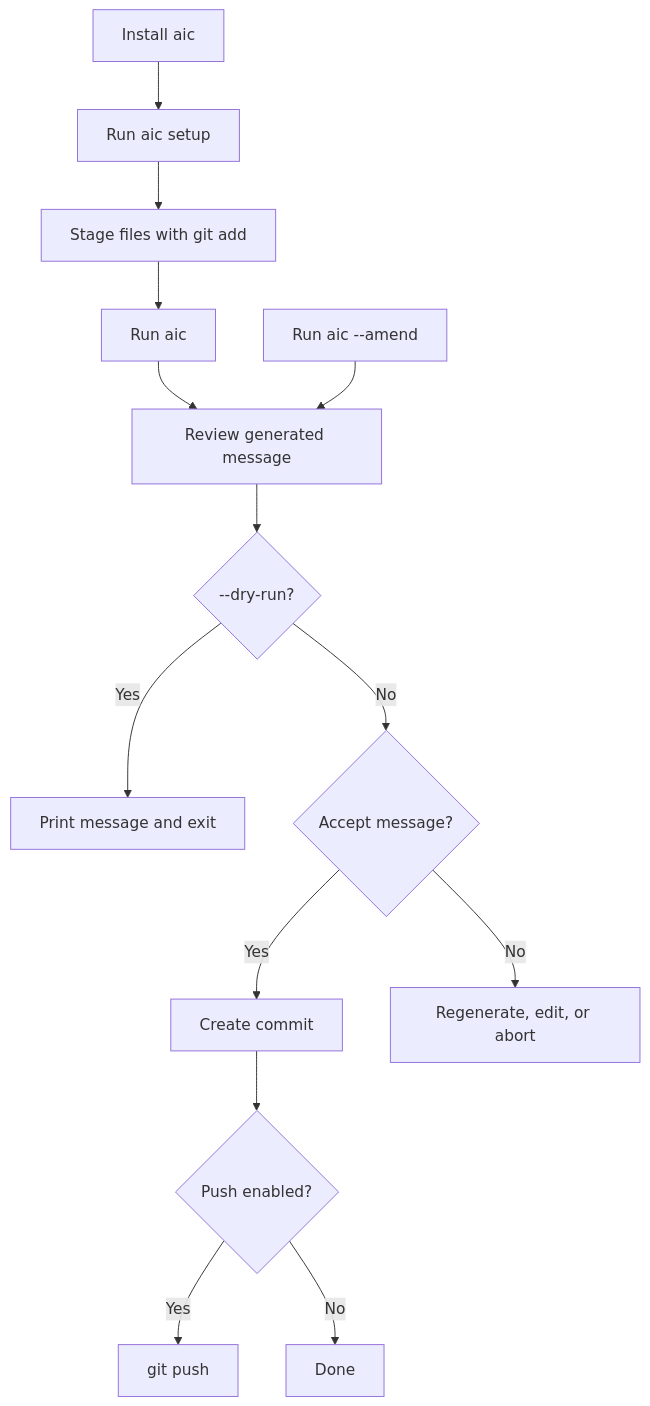
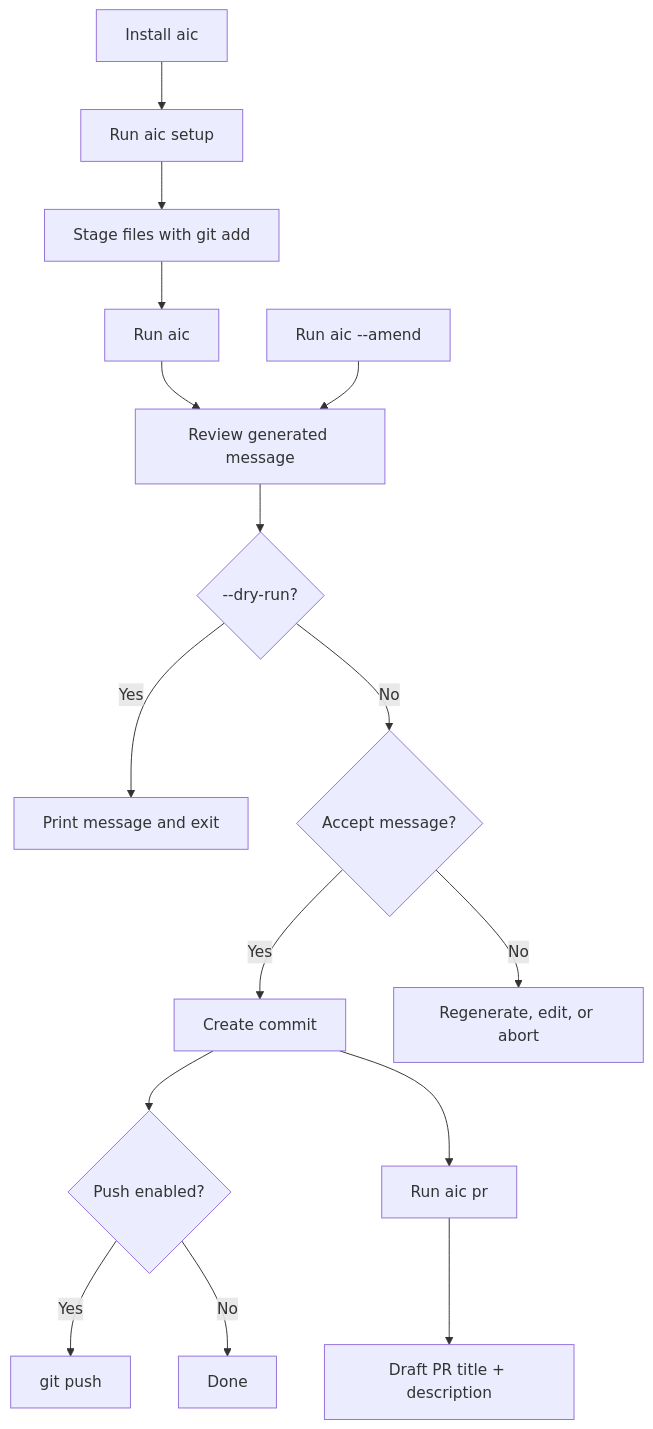
The diagram in docs/README.md (russmckendrick/aicommit), drawn with Mermaid before and after one commit. The commit also changed other lines of this file and 18 other files, not shown here.

````diff
--- a/docs/README.md
+++ b/docs/README.md
@@ -22,16 +22,18 @@
 ```mermaid
 flowchart TD
     A["Install aic"] --> B["Run aic setup"]
     B --> C["Stage files with git add"]
     C --> D["Run aic"]
     D --> E["Review generated message"]
     E --> DRY{"--dry-run?"}
     DRY -->|Yes| PRINT["Print message and exit"]
     DRY -->|No| F{"Accept message?"}
     F -->|Yes| G["Create commit"]
     F -->|No| H["Regenerate, edit, or abort"]
     G --> I{"Push enabled?"}
     I -->|Yes| J["git push"]
     I -->|No| K["Done"]
+    G --> PR["Run aic pr"]
+    PR --> PRD["Draft PR title + description"]
     AMEND["Run aic --amend"] --> E
 ```
````
